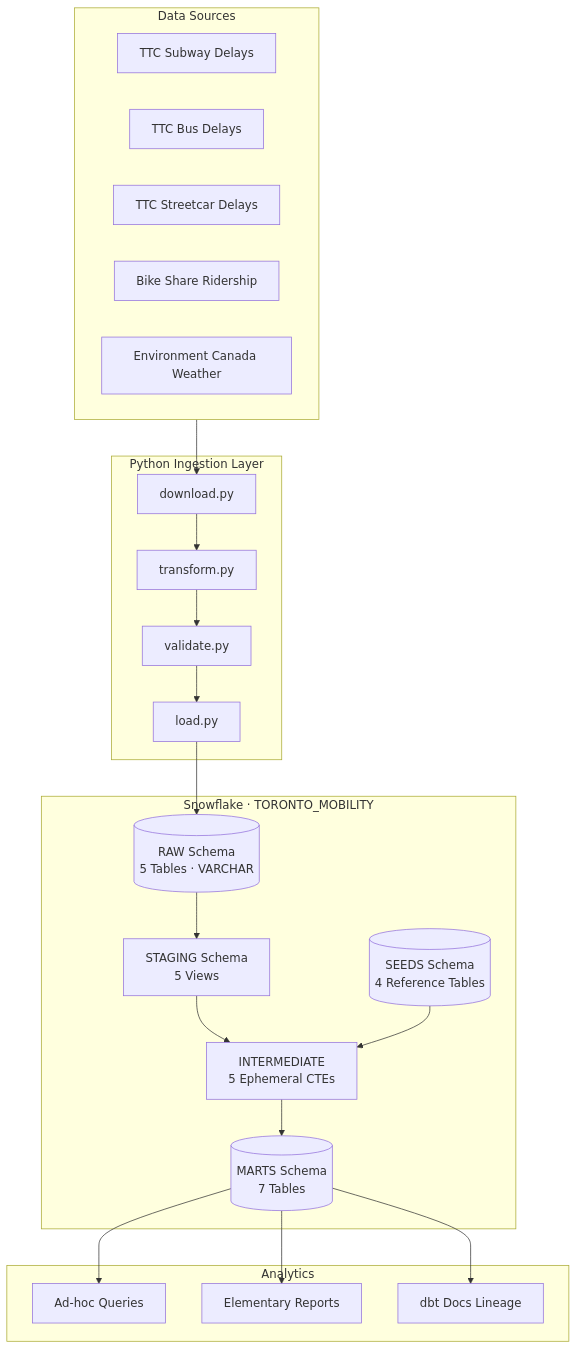
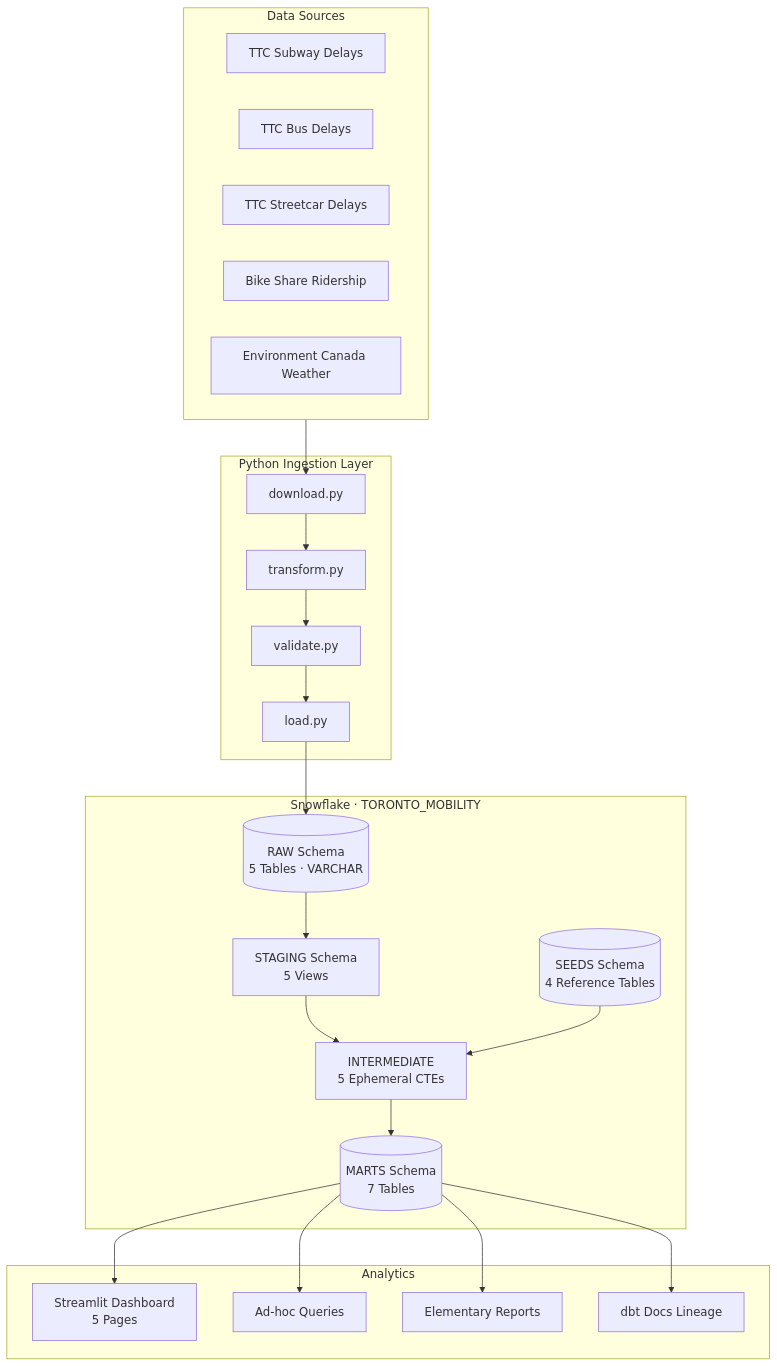
The first of 3 diagrams in README.md (dinesh-git17/toronto-mobility-analytics), drawn with Mermaid before and after one commit. The commit also changed other lines of this file, not shown here.

First line of the commit message:
docs(readme): add dashboard section and GitHub Pages link (#50)

````diff
--- a/README.md
+++ b/README.md
@@ -48,38 +50,40 @@
 ```mermaid
 flowchart TD
     subgraph Sources["Data Sources"]
         S1[TTC Subway Delays]
         S2[TTC Bus Delays]
         S3[TTC Streetcar Delays]
         S4[Bike Share Ridership]
         S5[Environment Canada Weather]
     end
 
     subgraph Ingestion["Python Ingestion Layer"]
         DL[download.py]
         TX[transform.py]
         VL[validate.py]
         LD[load.py]
     end
 
     subgraph Snowflake["Snowflake · TORONTO_MOBILITY"]
         RAW[(RAW Schema\n5 Tables · VARCHAR)]
         STG[STAGING Schema\n5 Views]
         INT[INTERMEDIATE\n5 Ephemeral CTEs]
         MARTS[(MARTS Schema\n7 Tables)]
         SEEDS[(SEEDS Schema\n4 Reference Tables)]
     end
 
     subgraph Consumers["Analytics"]
+        DASH[Streamlit Dashboard\n5 Pages]
         QRY[Ad-hoc Queries]
         ELEM[Elementary Reports]
         DOCS[dbt Docs Lineage]
     end
 
     Sources --> DL --> TX --> VL --> LD --> RAW
     RAW --> STG --> INT --> MARTS
     SEEDS --> INT
+    MARTS --> DASH
     MARTS --> QRY
     MARTS --> ELEM
     MARTS --> DOCS
 ```
````
